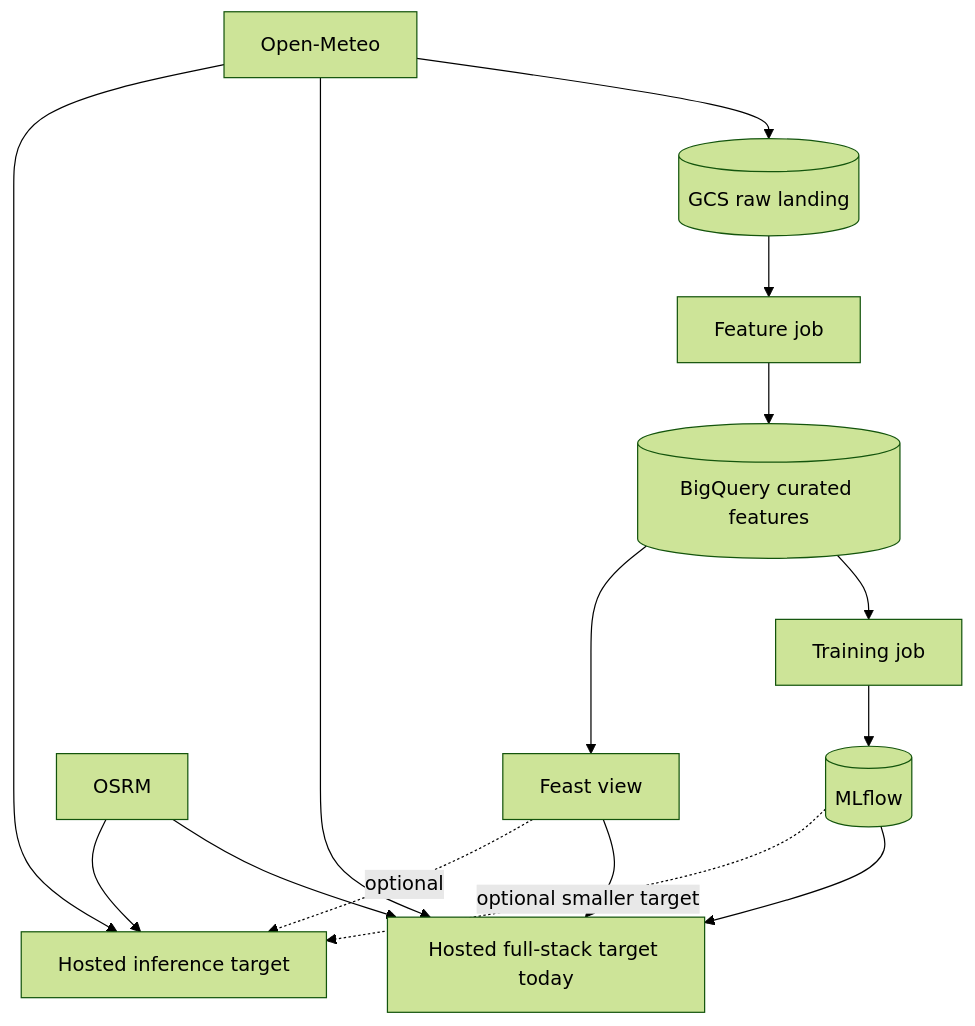
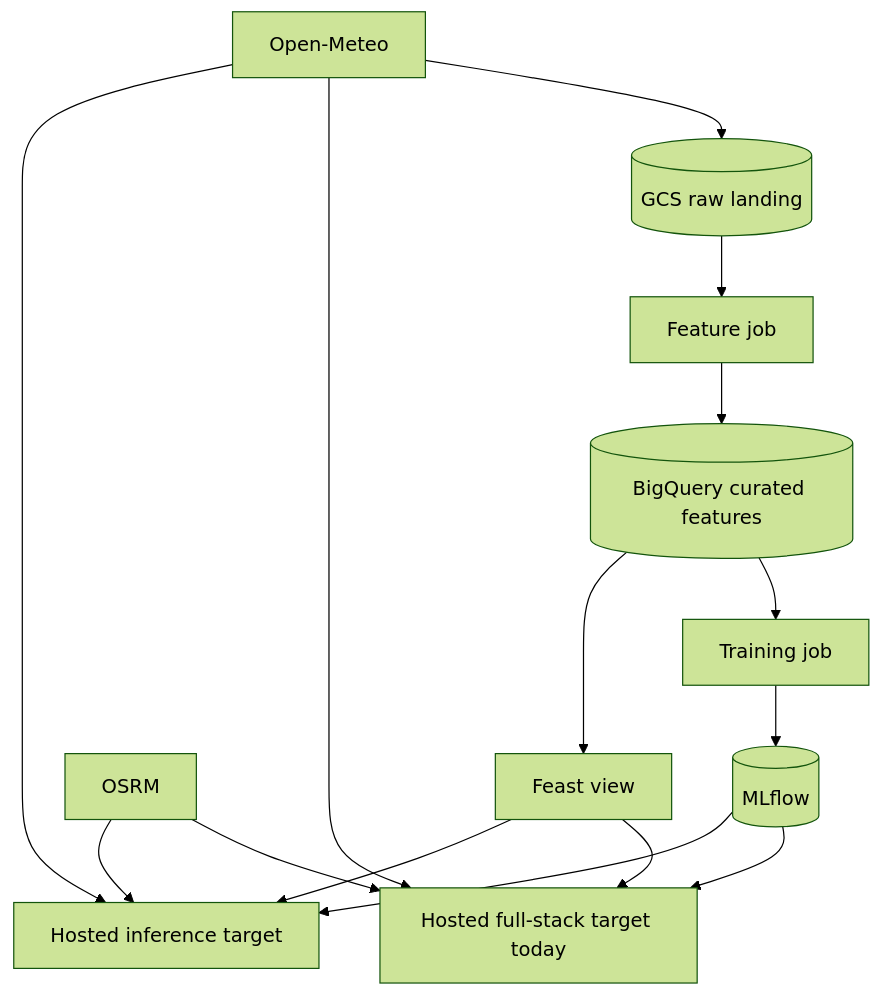
The second of 2 diagrams in docs/site/system/cloud-mapping.md (javihslu/foehncast), drawn with Mermaid (forest theme) before and after one commit. The commit also changed other lines of this file and 5 other files, not shown here.

```diff
--- a/docs/site/system/cloud-mapping.md
+++ b/docs/site/system/cloud-mapping.md
@@ -106,17 +108,17 @@
 <div class="mermaid">
 flowchart TD
     OME[Open-Meteo] --> RAW[(GCS raw landing)]
     RAW --> FEAT[Feature job]
     FEAT --> BQ[(BigQuery curated features)]
     BQ --> TRAIN[Training job]
     TRAIN --> MLF[(MLflow)]
     MLF --> HOST[Hosted full-stack target today]
-    MLF -. optional smaller target .-> RUN[Hosted inference target]
+    MLF --> RUN[Hosted inference target]
     OME --> HOST
     OME --> RUN
     OSRM[OSRM] --> HOST
     OSRM --> RUN
     BQ --> FEAST[Feast view]
     FEAST --> HOST
-    FEAST -. optional .-> RUN
+    FEAST --> RUN
 </div>
```
